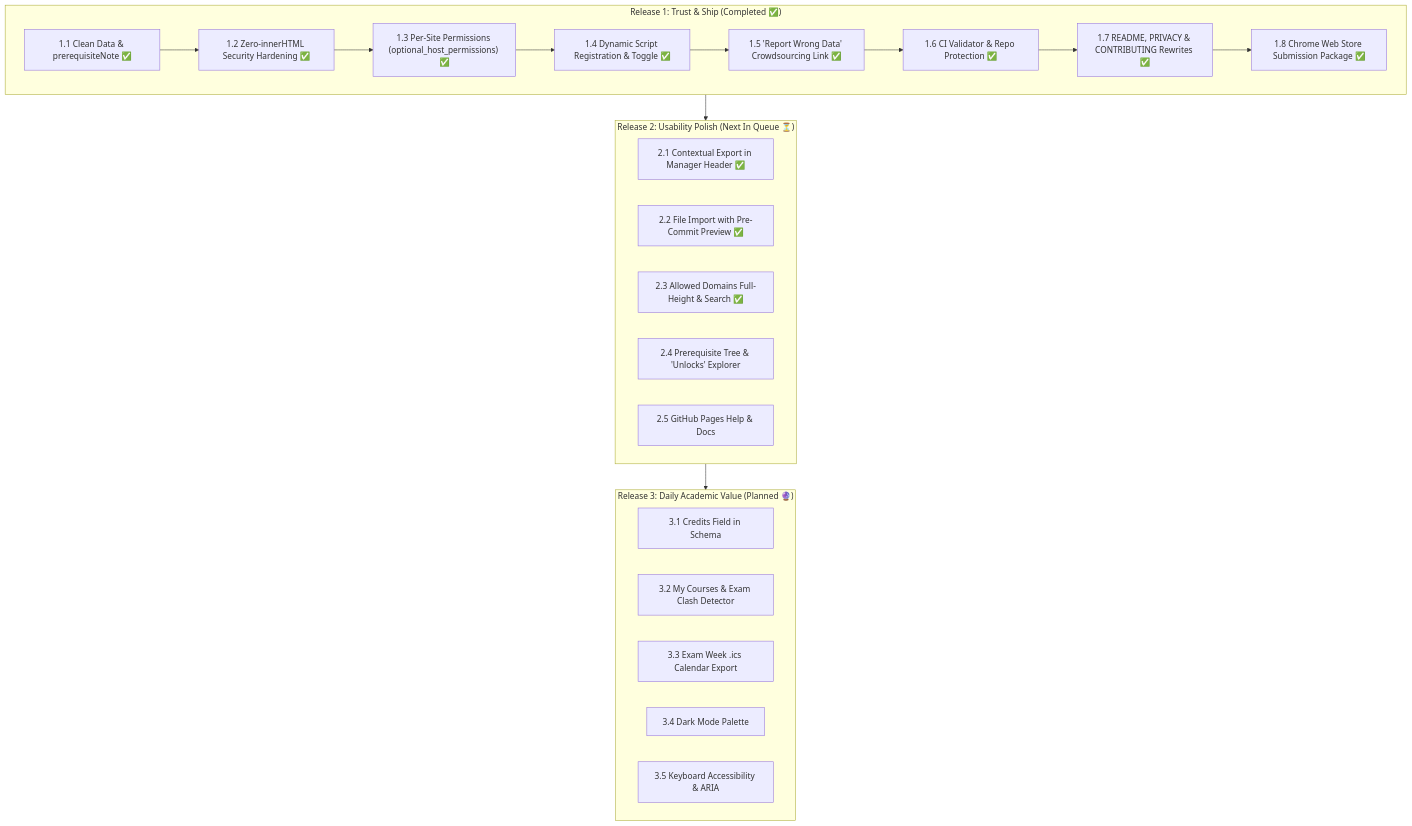
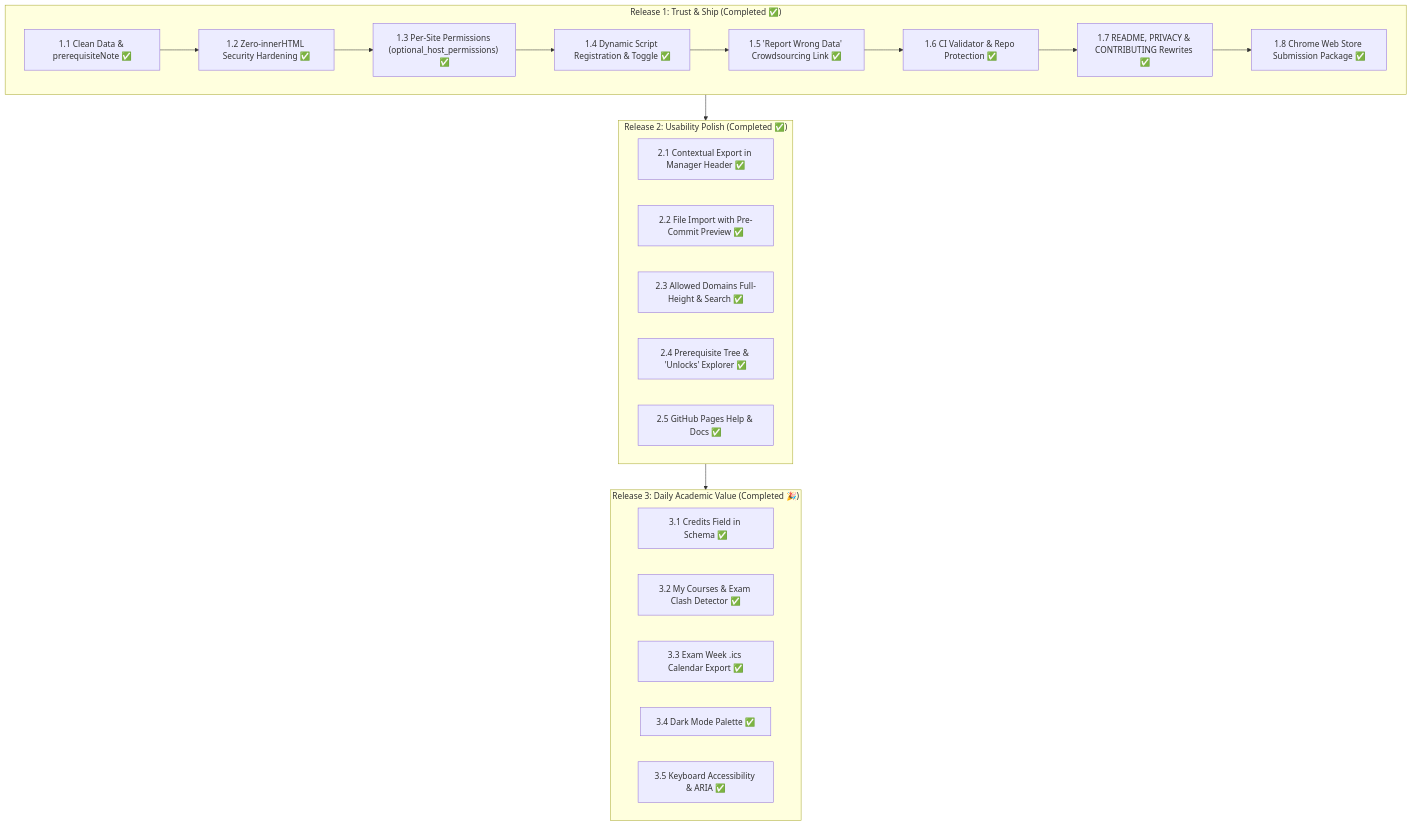
The diagram in ROADMAP.md (litch07/decoder-test), drawn with Mermaid before and after one commit. The commit also changed other lines of this file and 25 other files, not shown here.

````diff
--- a/ROADMAP.md
+++ b/ROADMAP.md
@@ -8,30 +8,30 @@
 ```mermaid
 flowchart TD
     subgraph R1["Release 1: Trust & Ship (Completed ✅)"]
         R1_1["1.1 Clean Data & prerequisiteNote ✅"] --> R1_2["1.2 Zero-innerHTML Security Hardening ✅"]
         R1_2 --> R1_3["1.3 Per-Site Permissions (optional_host_permissions) ✅"]
         R1_3 --> R1_4["1.4 Dynamic Script Registration & Toggle ✅"]
         R1_4 --> R1_5["1.5 'Report Wrong Data' Crowdsourcing Link ✅"]
         R1_5 --> R1_6["1.6 CI Validator & Repo Protection ✅"]
         R1_6 --> R1_7["1.7 README, PRIVACY & CONTRIBUTING Rewrites ✅"]
         R1_7 --> R1_8["1.8 Chrome Web Store Submission Package ✅"]
     end
 
-    subgraph R2["Release 2: Usability Polish (Next In Queue ⏳)"]
+    subgraph R2["Release 2: Usability Polish (Completed ✅)"]
         R2_1["2.1 Contextual Export in Manager Header ✅"]
         R2_2["2.2 File Import with Pre-Commit Preview ✅"]
         R2_3["2.3 Allowed Domains Full-Height & Search ✅"]
-        R2_4["2.4 Prerequisite Tree & 'Unlocks' Explorer"]
-        R2_5["2.5 GitHub Pages Help & Docs"]
+        R2_4["2.4 Prerequisite Tree & 'Unlocks' Explorer ✅"]
+        R2_5["2.5 GitHub Pages Help & Docs ✅"]
     end
 
-    subgraph R3["Release 3: Daily Academic Value (Planned 🔮)"]
-        R3_1["3.1 Credits Field in Schema"]
-        R3_2["3.2 My Courses & Exam Clash Detector"]
-        R3_3["3.3 Exam Week .ics Calendar Export"]
-        R3_4["3.4 Dark Mode Palette"]
-        R3_5["3.5 Keyboard Accessibility & ARIA"]
+    subgraph R3["Release 3: Daily Academic Value (Completed 🎉)"]
+        R3_1["3.1 Credits Field in Schema ✅"]
+        R3_2["3.2 My Courses & Exam Clash Detector ✅"]
+        R3_3["3.3 Exam Week .ics Calendar Export ✅"]
+        R3_4["3.4 Dark Mode Palette ✅"]
+        R3_5["3.5 Keyboard Accessibility & ARIA ✅"]
     end
 
     R1 --> R2 --> R3
 ```
````
